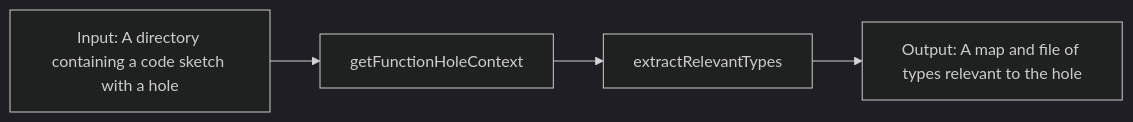
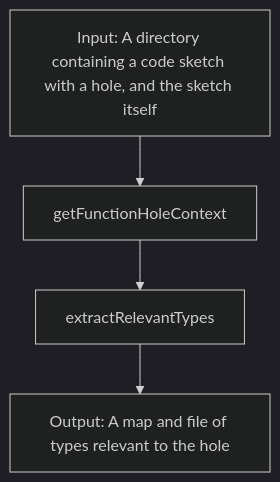
Before and after one commit to jpoly1219/testtslspclient: the diagram in README.md, drawn with Mermaid (dark theme).

Commit message:
move files

````diff
--- a/README.md
+++ b/README.md
@@ -52,10 +52,10 @@
 ```mermaid
-flowchart LR
-  n1[Input: A directory containing a code sketch with a hole]
+flowchart TD
+  n1[Input: A directory containing a code sketch with a hole, and the sketch itself]
   n1 --> n2
   n2[getFunctionHoleContext]
   n2 --> n3
   n3[extractRelevantTypes]
   n3 --> n4
   n4[Output: A map and file of types relevant to the hole]
 ```
````
